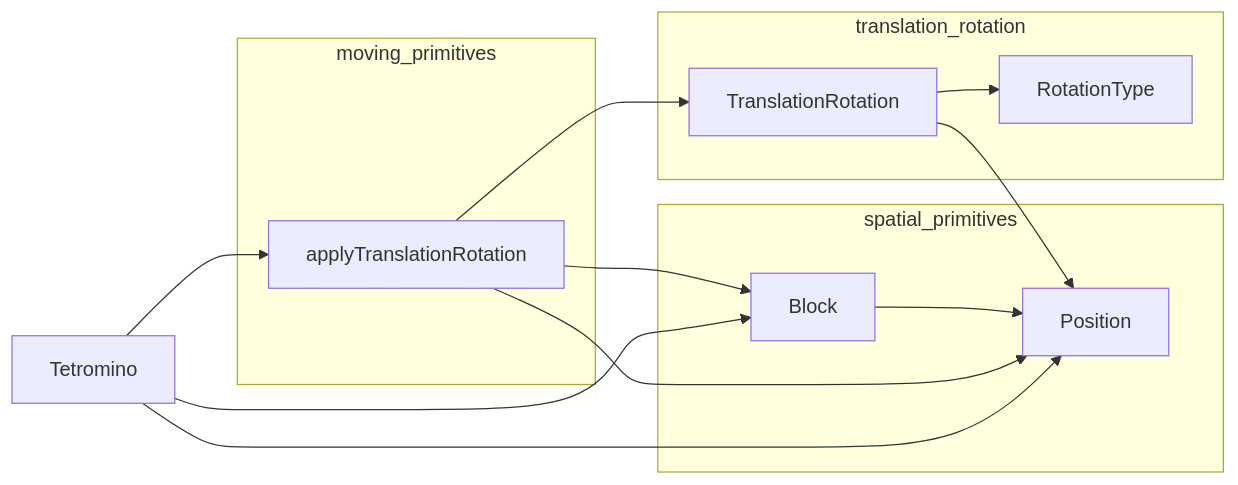
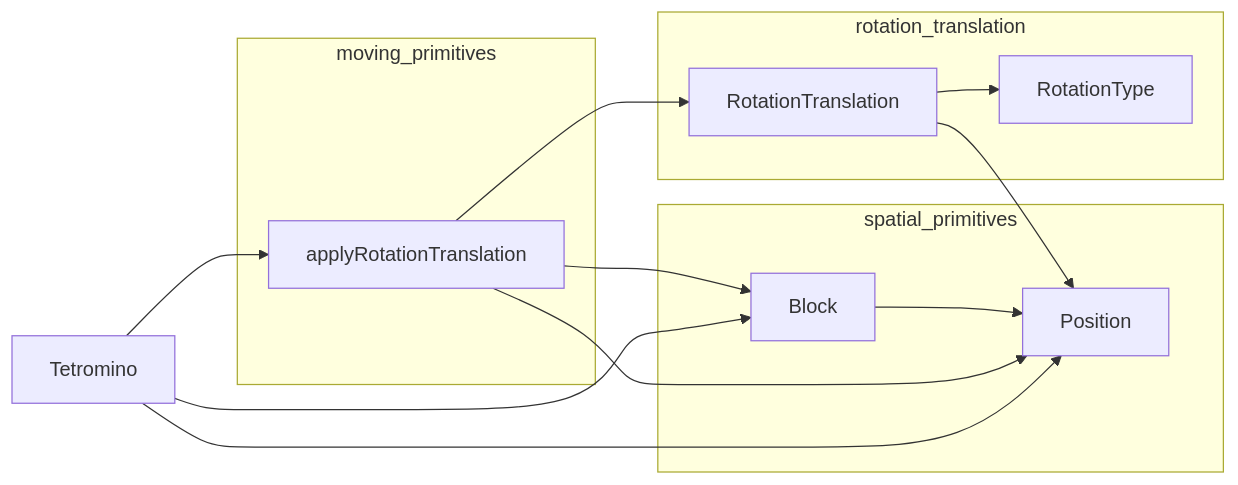
Before and after one commit to inesvar/tetris: the diagram in src/app/player/back_end/flowgraph.md, drawn with Mermaid. The commit also changed 4 other files, not shown here.

Commit message:
back_end: Change TranslationRotation to RotationTranslation

````diff
--- a/src/app/player/back_end/flowgraph.md
+++ b/src/app/player/back_end/flowgraph.md
@@ -1,26 +1,26 @@
 ```mermaid
 graph LR;
     Position[Position];
     Block[Block];
-    TranslationRotation[TranslationRotation];
+    RotationTranslation[RotationTranslation];
     RotationType[RotationType];
     spatial_primitives[spatial_primitives];
-    translation_rotation[translation_rotation];
+    rotation_translation[rotation_translation];
     moving_primitives[moving_primitives];
     subgraph spatial_primitives;
     Block-->Position;
     end;
-    subgraph translation_rotation;
-    TranslationRotation-->RotationType;
+    subgraph rotation_translation;
+    RotationTranslation-->RotationType;
     end;
-    TranslationRotation-->Position;
+    RotationTranslation-->Position;
     subgraph moving_primitives;
-    applyTranslationRotation;
+    applyRotationTranslation;
     end;
-    applyTranslationRotation-->Position;
-    applyTranslationRotation-->Block;
-    applyTranslationRotation-->TranslationRotation;
+    applyRotationTranslation-->Position;
+    applyRotationTranslation-->Block;
+    applyRotationTranslation-->RotationTranslation;
     Tetromino-->Position;
     Tetromino-->Block;
-    Tetromino-->applyTranslationRotation;
+    Tetromino-->applyRotationTranslation;
 ```
````
